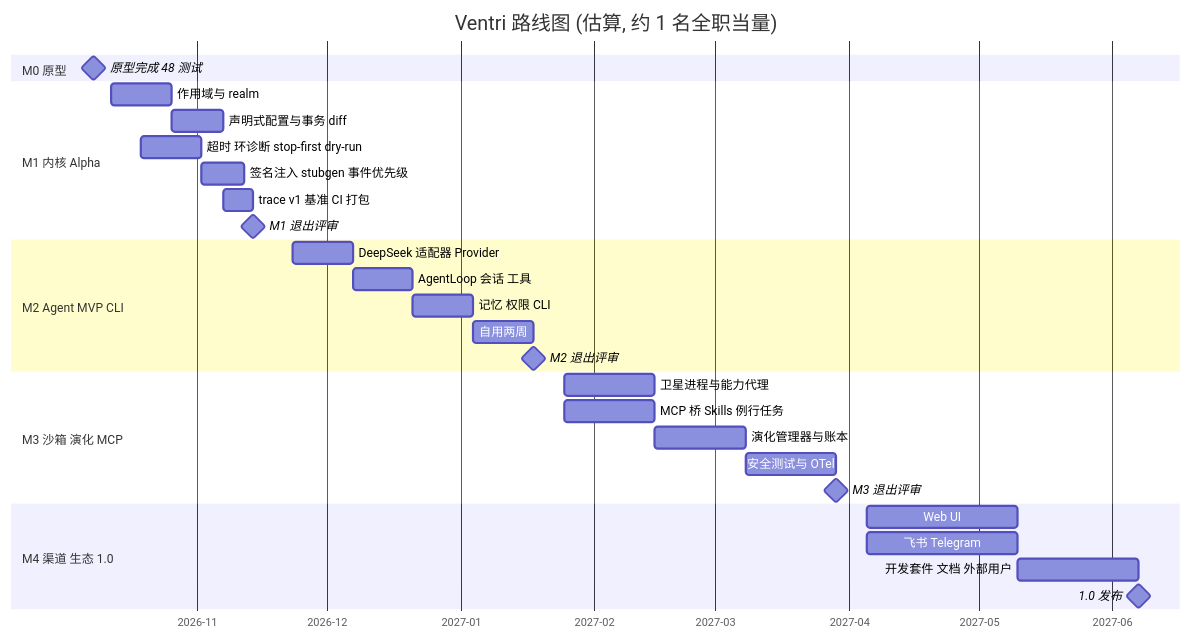
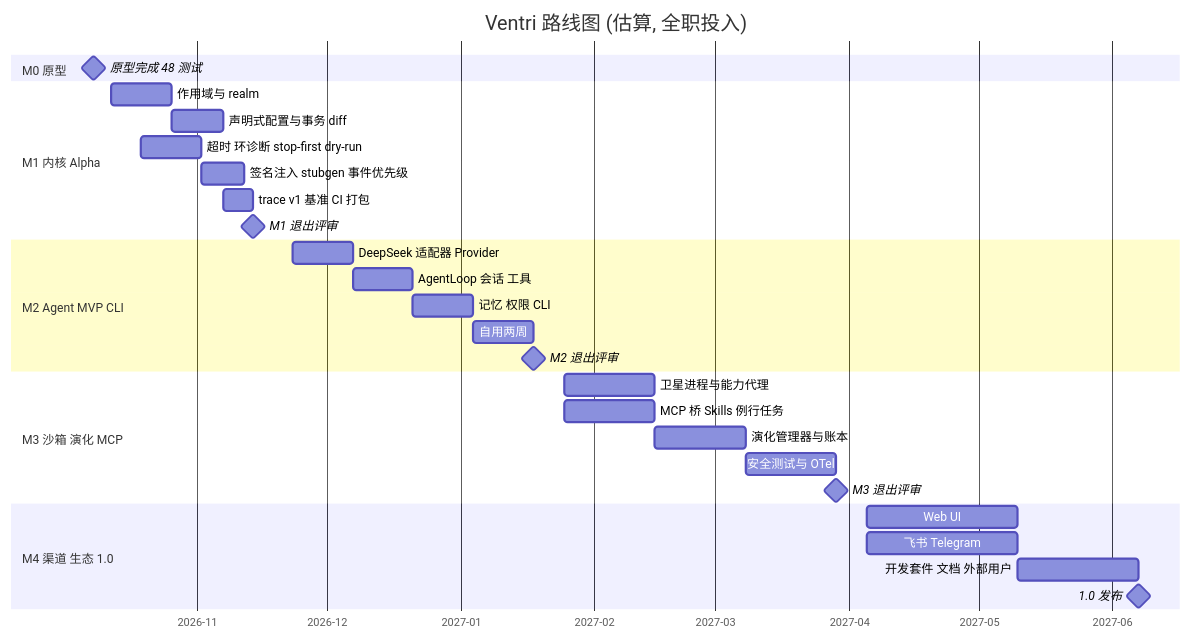
The tenth of 10 diagrams in docs/DESIGN.md (lzw12w/ventri), drawn with Mermaid before and after one commit. The commit also changed other lines of this file and 13 other files, not shown here.

````diff
--- a/docs/DESIGN.md
+++ b/docs/DESIGN.md
@@ -791,32 +829,32 @@
 ```mermaid
 gantt
-  title Ventri 路线图 (估算, 约 1 名全职当量)
+  title Ventri 路线图 (估算, 全职投入)
   dateFormat YYYY-MM-DD
   axisFormat %Y-%m
   section M0 原型
   原型完成 48 测试             :milestone, m0, 2026-10-08, 0d
   section M1 内核 Alpha
   作用域与 realm               :m1a, 2026-10-12, 14d
   声明式配置与事务 diff        :m1b, after m1a, 12d
   超时 环诊断 stop-first dry-run :m1c, 2026-10-19, 14d
   签名注入 stubgen 事件优先级  :m1d, after m1c, 10d
   trace v1 基准 CI 打包        :m1e, after m1b, 7d
   M1 退出评审                  :milestone, after m1e, 0d
   section M2 Agent MVP CLI
   DeepSeek 适配器 Provider     :m2a, 2026-11-23, 14d
   AgentLoop 会话 工具          :m2b, after m2a, 14d
   记忆 权限 CLI                :m2c, after m2b, 14d
   自用两周                     :m2d, after m2c, 14d
   M2 退出评审                  :milestone, after m2d, 0d
   section M3 沙箱 演化 MCP
   卫星进程与能力代理           :m3a, 2027-01-25, 21d
   MCP 桥 Skills 例行任务       :m3b, 2027-01-25, 21d
   演化管理器与账本             :m3c, after m3a, 21d
   安全测试与 OTel              :m3d, after m3c, 21d
   M3 退出评审                  :milestone, after m3d, 0d
   section M4 渠道 生态 1.0
   Web UI                       :m4a, 2027-04-05, 35d
   飞书 Telegram                :m4b, 2027-04-05, 35d
   开发套件 文档 外部用户       :m4c, after m4a, 28d
   1.0 发布                     :milestone, after m4c, 0d
 ```
````
